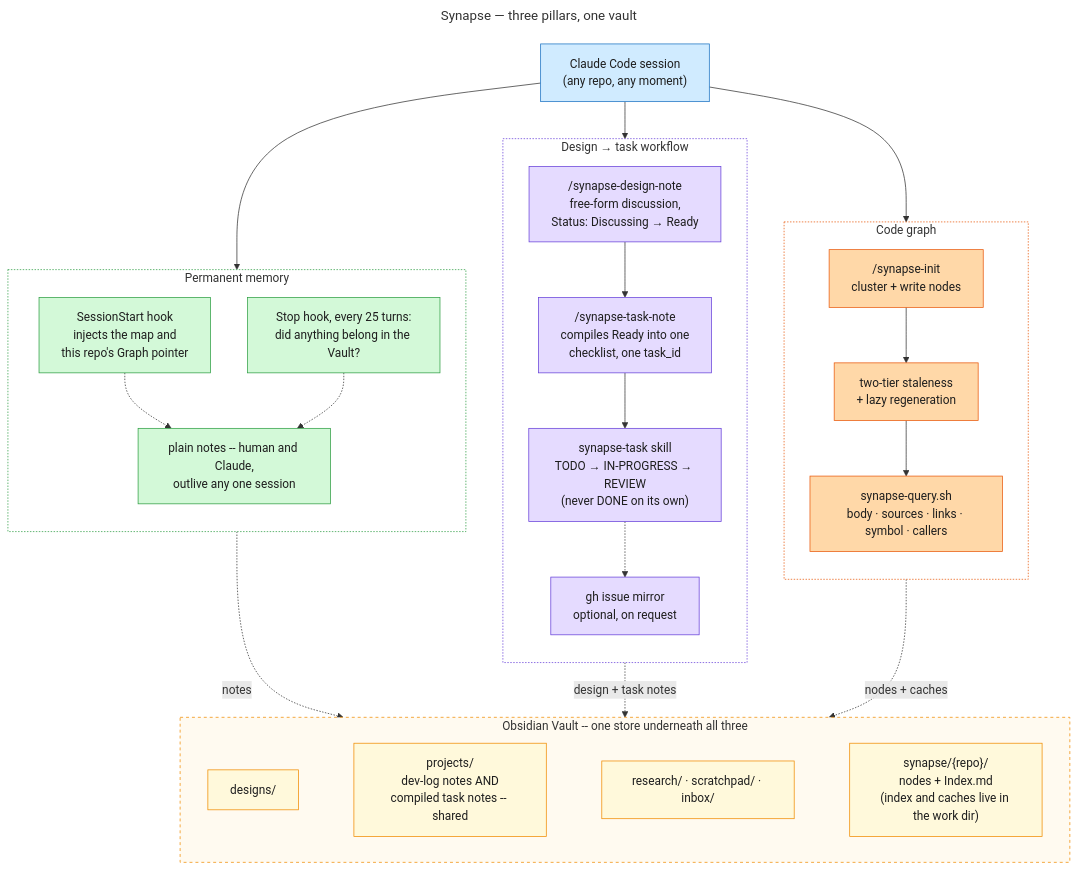
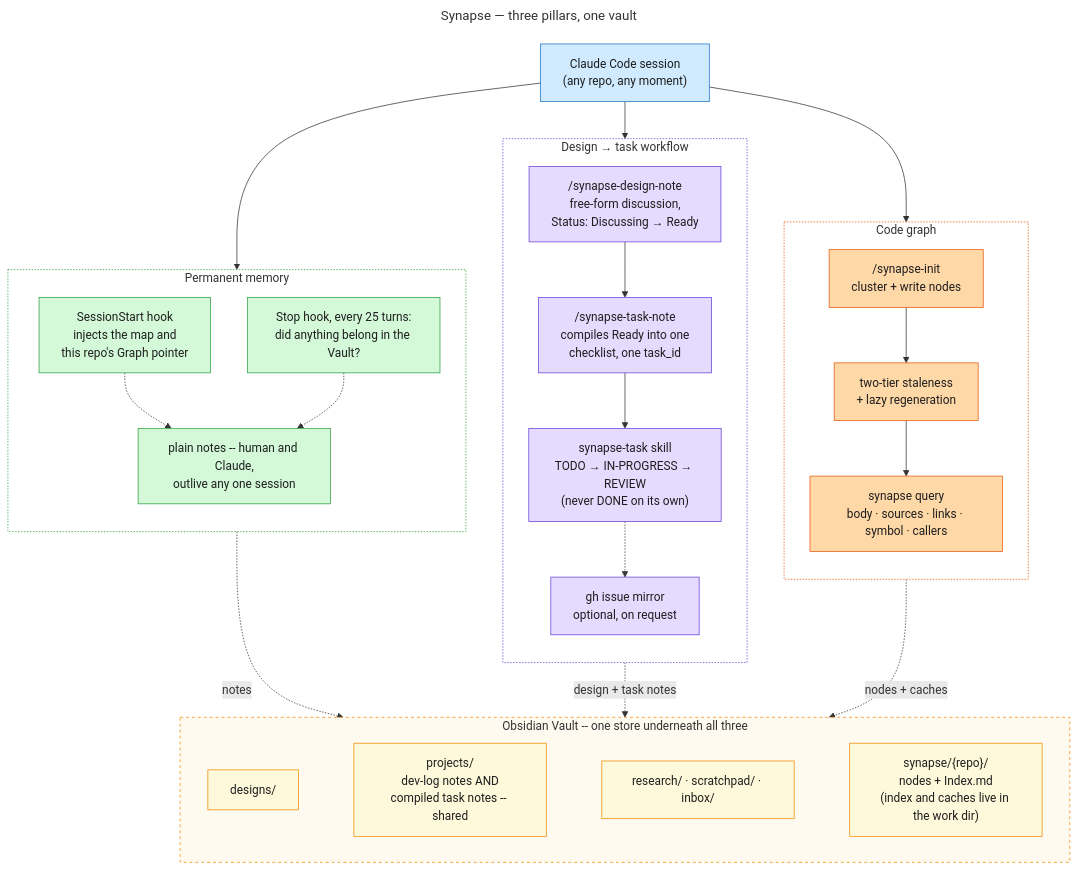
One commit to imunitic/synapse changed the diagram in docs/diagrams/synapse-overview.mmd. Above: the diagram before and after it, drawn with Mermaid. The commit also changed 76 other files, not shown here.

```diff
--- a/docs/diagrams/synapse-overview.mmd
+++ b/docs/diagrams/synapse-overview.mmd
@@ -1,76 +1,76 @@
 ---
 title: Synapse — three pillars, one vault
 ---
 %% A capability-level map, not an architecture diagram -- docs/README.md's "three
 %% components" (Vault / Graph / Tools) describes what things ARE; this describes
 %% what a session actually GETS. The three pillar boxes are deliberately drawn the
 %% same size: the Graph is mechanically the most complex (two staleness tiers, a
 %% tags cache, tree-sitter), but conceptually it is one of three, not the main
 %% event -- sizing them equally is the point, not an oversight. (Subgraph titles
 %% stay one line on purpose -- a <br/> in a subgraph label, unlike a node label,
 %% collides with the first node instead of wrapping.)
 flowchart TB
     classDef session fill:#d0ebff,stroke:#1971c2,color:#1e1e1e
     classDef memory fill:#d3f9d8,stroke:#2f9e44,color:#1e1e1e
     classDef workflow fill:#e5dbff,stroke:#6741d9,color:#1e1e1e
     classDef codegraph fill:#ffd8a8,stroke:#e8590c,color:#1e1e1e
     classDef vault fill:#fff9db,stroke:#f08c00,color:#1e1e1e
 
     SESSION["Claude Code session<br/>(any repo, any moment)"]
 
     subgraph MEM["Permanent memory"]
         direction TB
         M1["SessionStart hook<br/>injects the map and<br/>this repo's Graph pointer"]
         M2["Stop hook, every 25 turns:<br/>did anything belong in the Vault?"]
         M3["plain notes -- human and Claude,<br/>outlive any one session"]
         M1 -.-> M3
         M2 -.-> M3
     end
 
     subgraph WORK["Design → task workflow"]
         direction TB
         W1["/synapse-design-note<br/>free-form discussion,<br/>Status: Discussing → Ready"]
         W2["/synapse-task-note<br/>compiles Ready into one<br/>checklist, one task_id"]
         W3["synapse-task skill<br/>TODO → IN-PROGRESS → REVIEW<br/>(never DONE on its own)"]
         W4["gh issue mirror<br/>optional, on request"]
         W1 --> W2 --> W3 -.-> W4
     end
 
     subgraph GRAPH["Code graph"]
         direction TB
         G1["/synapse-init<br/>cluster + write nodes"]
         G2["two-tier staleness<br/>+ lazy regeneration"]
-        G3["synapse-query.sh<br/>body · sources · links · symbol · callers"]
+        G3["synapse query<br/>body · sources · links · symbol · callers"]
         G1 --> G2 --> G3
     end
 
     subgraph VAULT["Obsidian Vault -- one store underneath all three"]
         direction LR
         VDESIGNS["designs/"]
         VPROJECTS["projects/<br/>dev-log notes AND<br/>compiled task notes -- shared"]
         VRESEARCH["research/ · scratchpad/ · inbox/"]
         VSYNAPSE["synapse/{repo}/<br/>nodes + Index.md<br/>(index and caches live in the work dir)"]
         VDESIGNS ~~~ VPROJECTS ~~~ VRESEARCH ~~~ VSYNAPSE
     end
 
     SESSION --> MEM
     SESSION --> WORK
     SESSION --> GRAPH
 
     %% One edge per pillar into the shared store, not a per-node fan-out --
     %% the point is "all three write here", not which exact folder each uses
     %% (that detail is one glance away inside the Vault box itself).
     MEM -.->|"notes"| VAULT
     WORK -.->|"design + task notes"| VAULT
     GRAPH -.->|"nodes + caches"| VAULT
 
     class SESSION session
     class M1,M2,M3 memory
     class W1,W2,W3,W4 workflow
     class G1,G2,G3 codegraph
     class VDESIGNS,VPROJECTS,VRESEARCH,VSYNAPSE vault
 
     style MEM fill:#ffffff,stroke:#2f9e44,stroke-dasharray:2 2
     style WORK fill:#ffffff,stroke:#6741d9,stroke-dasharray:2 2
     style GRAPH fill:#ffffff,stroke:#e8590c,stroke-dasharray:2 2
     style VAULT fill:#fffaf0,stroke:#f08c00,stroke-dasharray:4 4
```
